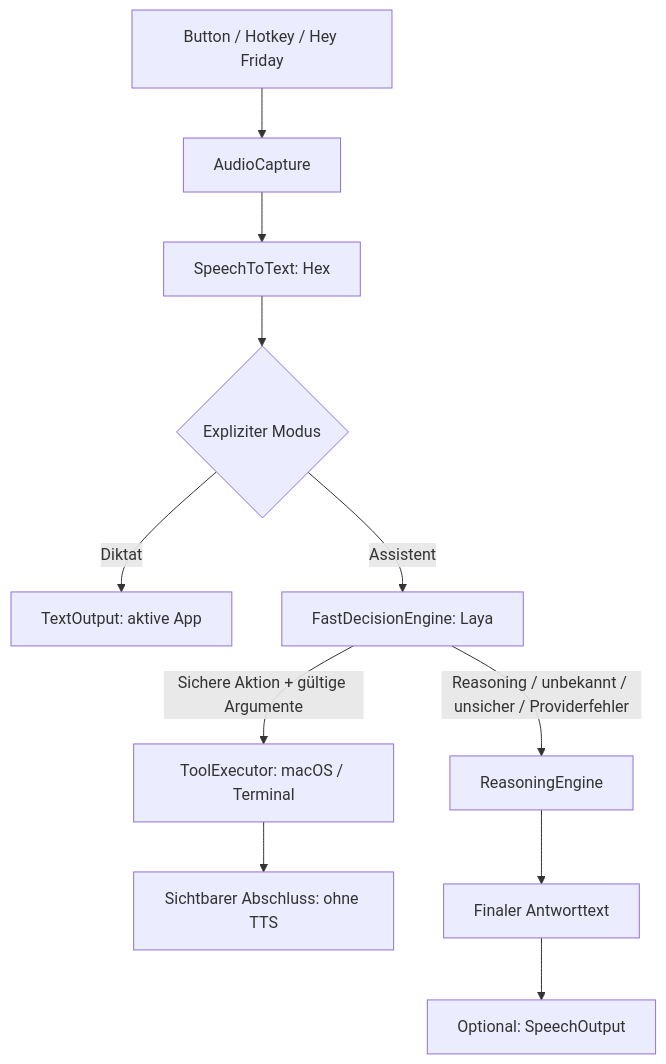
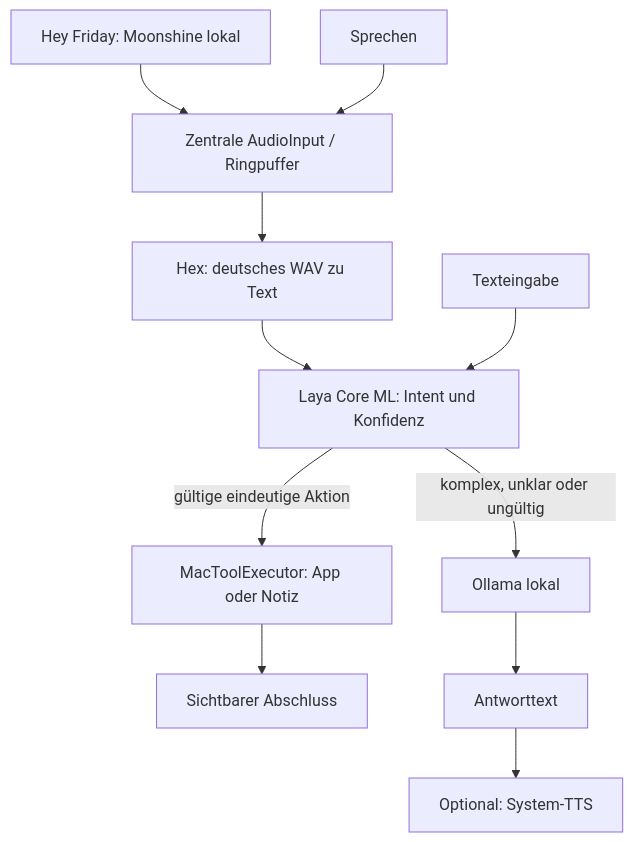
Before and after one commit to Taanel/hackday-2026-10-04: the diagram in docs/architecture.md, drawn with Mermaid. The commit also changed other lines of this file and 45 other files, not shown here.

Commit message:
feat: ship local Friday voice overlay with Hex Laya and macOS actions

````diff
--- a/docs/architecture.md
+++ b/docs/architecture.md
@@ -6,13 +6,13 @@
 ```mermaid
 flowchart TD
-    Activation[Button / Hotkey / Hey Friday] --> Capture[AudioCapture]
-    Capture --> STT[SpeechToText: Hex]
-    STT --> Mode{Expliziter Modus}
-    Mode -->|Diktat| Insert[TextOutput: aktive App]
-    Mode -->|Assistent| Decision[FastDecisionEngine: Laya]
-    Decision -->|Sichere Aktion + gültige Argumente| Tools[ToolExecutor: macOS / Terminal]
-    Decision -->|Reasoning / unbekannt / unsicher / Providerfehler| LLM[ReasoningEngine]
-    Tools --> Complete[Sichtbarer Abschluss: ohne TTS]
-    LLM --> Reply[Finaler Antworttext]
-    Reply --> TTS[Optional: SpeechOutput]
+    Wake[Hey Friday: Moonshine lokal] --> Capture[Zentrale AudioInput / Ringpuffer]
+    Button[Sprechen] --> Capture
+    Capture --> Hex[Hex: deutsches WAV zu Text]
+    Hex --> Laya[Laya Core ML: Intent und Konfidenz]
+    Text[Texteingabe] --> Laya
+    Laya -->|gültige eindeutige Aktion| Tools[MacToolExecutor: App oder Notiz]
+    Laya -->|komplex, unklar oder ungültig| LLM[Ollama lokal]
+    Tools --> Done[Sichtbarer Abschluss]
+    LLM --> Reply[Antworttext]
+    Reply --> TTS[Optional: System-TTS]
 ```
````
